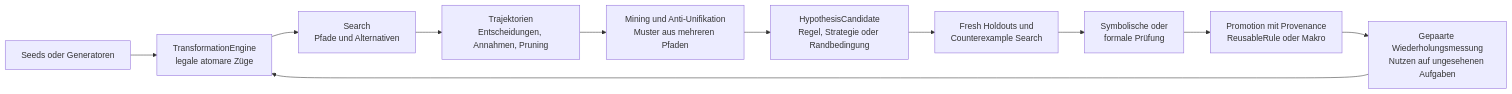
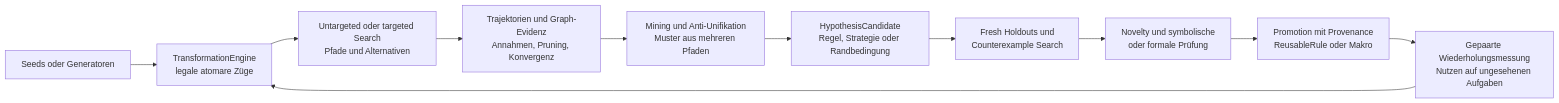
One commit to carstenartur/Regelsuche changed the diagram in docs/from-transformations-to-discovery.md. Above: the diagram before and after it, drawn with Mermaid. The commit also changed other lines of this file, not shown here.

````diff
--- a/docs/from-transformations-to-discovery.md
+++ b/docs/from-transformations-to-discovery.md
@@ -37,13 +39,13 @@
 ```mermaid
 flowchart LR
     A[Seeds oder Generatoren] --> B[TransformationEngine<br/>legale atomare Züge]
-    B --> C[Search<br/>Pfade und Alternativen]
-    C --> D[Trajektorien<br/>Entscheidungen, Annahmen, Pruning]
+    B --> C[Untargeted oder targeted Search<br/>Pfade und Alternativen]
+    C --> D[Trajektorien und Graph-Evidenz<br/>Annahmen, Pruning, Konvergenz]
     D --> E[Mining und Anti-Unifikation<br/>Muster aus mehreren Pfaden]
     E --> F[HypothesisCandidate<br/>Regel, Strategie oder Randbedingung]
     F --> G[Fresh Holdouts und<br/>Counterexample Search]
-    G --> H[Symbolische oder<br/>formale Prüfung]
+    G --> H[Novelty und symbolische<br/>oder formale Prüfung]
     H --> I[Promotion mit Provenance<br/>ReusableRule oder Makro]
     I --> J[Gepaarte Wiederholungsmessung<br/>Nutzen auf ungesehenen Aufgaben]
     J --> B
 ```
````
